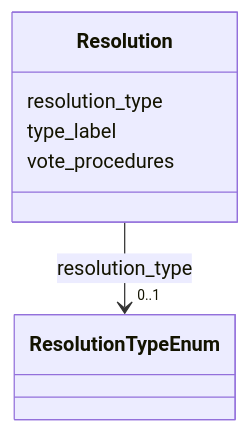
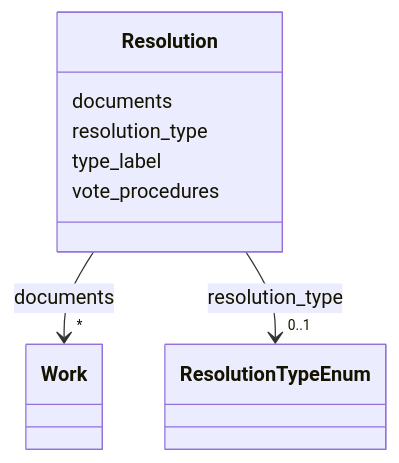
Before and after one commit to swiss/political-affairs-ech-group: the diagram in ech-0293_operations/output/docs/Resolution.md, drawn with Mermaid. The commit also changed other lines of this file and 87 other files, not shown here.

````diff
--- a/ech-0293_operations/output/docs/Resolution.md
+++ b/ech-0293_operations/output/docs/Resolution.md
@@ -22,21 +22,32 @@
 ```mermaid
  classDiagram
     class Resolution
     click Resolution href "../Resolution/"
+      Resolution : documents
+        
+          
+    
+        
+        
+        Resolution --> "*" Work : documents
+        click Work href "../Work/"
+    
+
+        
       Resolution : resolution_type
         
           
     
         
         
         Resolution --> "0..1" ResolutionTypeEnum : resolution_type
         click ResolutionTypeEnum href "../ResolutionTypeEnum/"
     
 
         
       Resolution : type_label
         
       Resolution : vote_procedures
         
       
 ```
````
